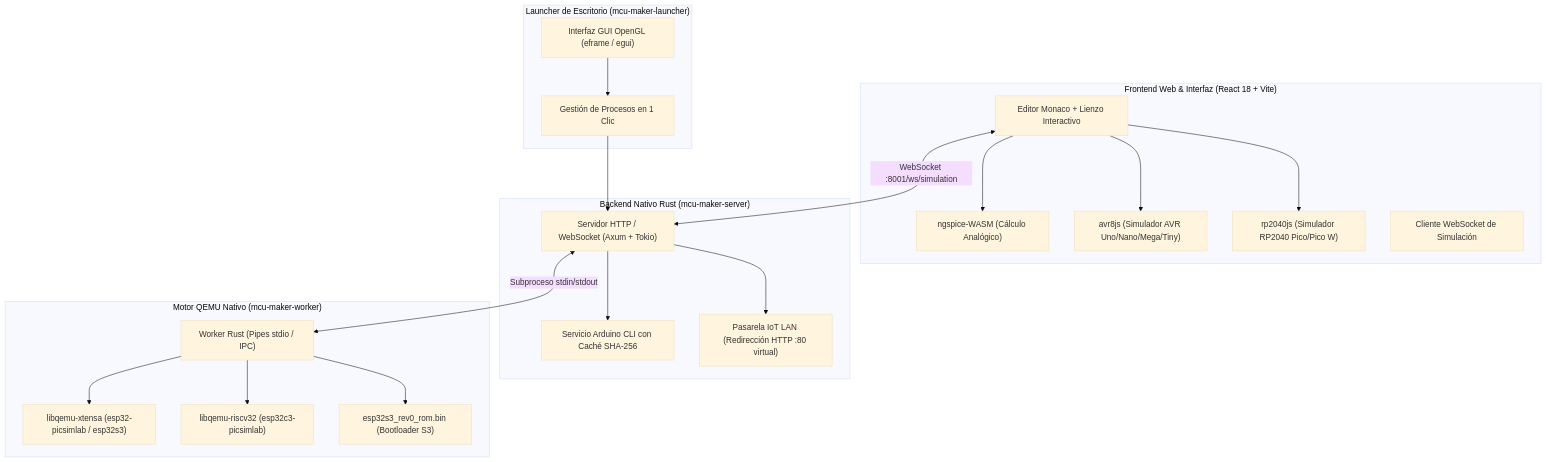
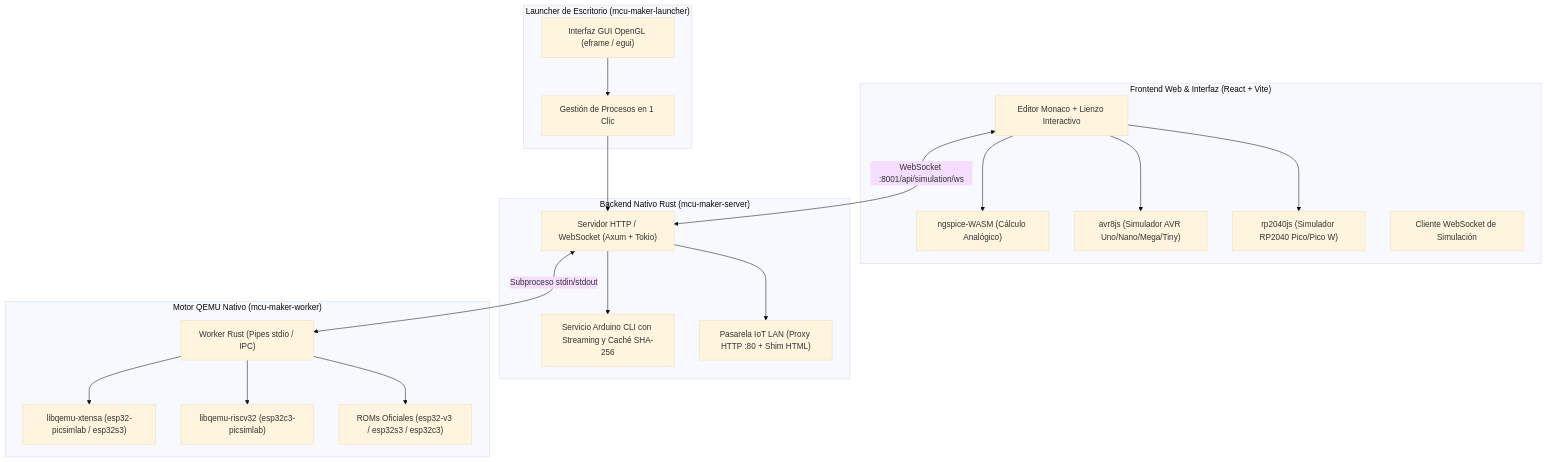
Before and after one commit to walthercurodelacruz/MCU-MAKER: the diagram in README.md, drawn with Mermaid (base theme). The commit also changed other lines of this file and 117 other files, not shown here.

````diff
--- a/README.md
+++ b/README.md
@@ -108,41 +142,41 @@
 ```mermaid
 graph TD
-    subgraph Frontend ["Frontend Web & Interfaz (React 18 + Vite)"]
+    subgraph Frontend ["Frontend Web & Interfaz (React + Vite)"]
         UI["Editor Monaco + Lienzo Interactivo"]
         SPICE["ngspice-WASM (Cálculo Analógico)"]
         AVR_SIM["avr8js (Simulador AVR Uno/Nano/Mega/Tiny)"]
         RP_SIM["rp2040js (Simulador RP2040 Pico/Pico W)"]
         WS_CLIENT["Cliente WebSocket de Simulación"]
     end
 
     subgraph Backend ["Backend Nativo Rust (mcu-maker-server)"]
         SERVER["Servidor HTTP / WebSocket (Axum + Tokio)"]
-        CLI_SRV["Servicio Arduino CLI con Caché SHA-256"]
-        LAN_GW["Pasarela IoT LAN (Redirección HTTP :80 virtual)"]
+        CLI_SRV["Servicio Arduino CLI con Streaming y Caché SHA-256"]
+        LAN_GW["Pasarela IoT LAN (Proxy HTTP :80 + Shim HTML)"]
     end
 
     subgraph Worker ["Motor QEMU Nativo (mcu-maker-worker)"]
         WORKER_BIN["Worker Rust (Pipes stdio / IPC)"]
         LIB_XTENSA["libqemu-xtensa (esp32-picsimlab / esp32s3)"]
         LIB_RISCV["libqemu-riscv32 (esp32c3-picsimlab)"]
-        ROM_S3["esp32s3_rev0_rom.bin (Bootloader S3)"]
+        ROM_S3["ROMs Oficiales (esp32-v3 / esp32s3 / esp32c3)"]
     end
 
     subgraph Launcher ["Launcher de Escritorio (mcu-maker-launcher)"]
         EGUI["Interfaz GUI OpenGL (eframe / egui)"]
         PROC_MGR["Gestión de Procesos en 1 Clic"]
     end
 
     UI --> SPICE
     UI --> AVR_SIM
     UI --> RP_SIM
-    UI <-->|WebSocket :8001/ws/simulation| SERVER
+    UI <-->|WebSocket :8001/api/simulation/ws| SERVER
     SERVER <-->|Subproceso stdin/stdout| WORKER_BIN
     WORKER_BIN --> LIB_XTENSA
     WORKER_BIN --> LIB_RISCV
     WORKER_BIN --> ROM_S3
     SERVER --> CLI_SRV
     SERVER --> LAN_GW
     EGUI --> PROC_MGR
     PROC_MGR --> SERVER
 ```
````
